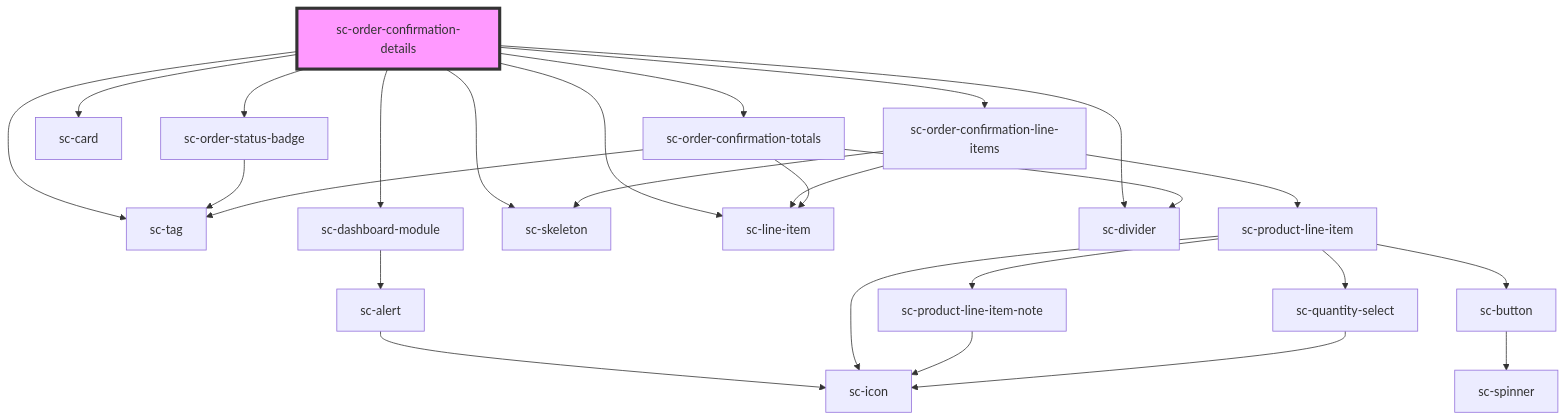
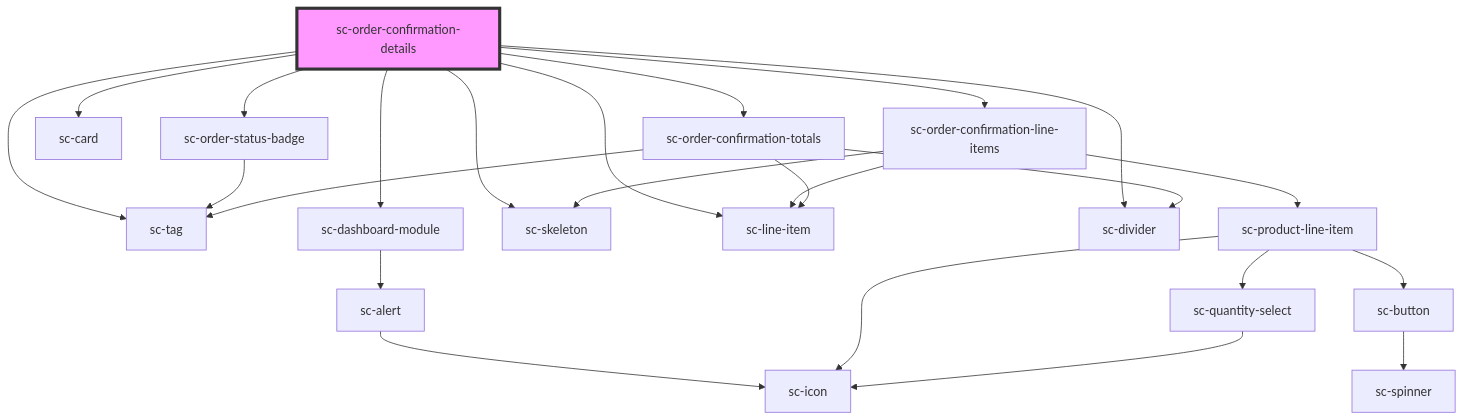
Before and after one commit to surecart/surecart-wp-plugin: the diagram in packages/components/src/components/controllers/confirmation/order-confirmation-details/readme.md, drawn with Mermaid. The commit also changed 11 other files, not shown here.

First line of the commit message:
feat(product-line-item): merge bundle components and note into collapsible details

````diff
--- a/packages/components/src/components/controllers/confirmation/order-confirmation-details/readme.md
+++ b/packages/components/src/components/controllers/confirmation/order-confirmation-details/readme.md
@@ -31,29 +31,27 @@
 ```mermaid
 graph TD;
   sc-order-confirmation-details --> sc-tag
   sc-order-confirmation-details --> sc-order-status-badge
   sc-order-confirmation-details --> sc-dashboard-module
   sc-order-confirmation-details --> sc-skeleton
   sc-order-confirmation-details --> sc-card
   sc-order-confirmation-details --> sc-line-item
   sc-order-confirmation-details --> sc-divider
   sc-order-confirmation-details --> sc-order-confirmation-line-items
   sc-order-confirmation-details --> sc-order-confirmation-totals
   sc-order-status-badge --> sc-tag
   sc-dashboard-module --> sc-alert
   sc-alert --> sc-icon
   sc-order-confirmation-line-items --> sc-line-item
   sc-order-confirmation-line-items --> sc-skeleton
   sc-order-confirmation-line-items --> sc-product-line-item
-  sc-product-line-item --> sc-product-line-item-note
   sc-product-line-item --> sc-icon
   sc-product-line-item --> sc-quantity-select
   sc-product-line-item --> sc-button
-  sc-product-line-item-note --> sc-icon
   sc-quantity-select --> sc-icon
   sc-button --> sc-spinner
   sc-order-confirmation-totals --> sc-line-item
   sc-order-confirmation-totals --> sc-tag
   sc-order-confirmation-totals --> sc-divider
   style sc-order-confirmation-details fill:#f9f,stroke:#333,stroke-width:4px
 ```
````
